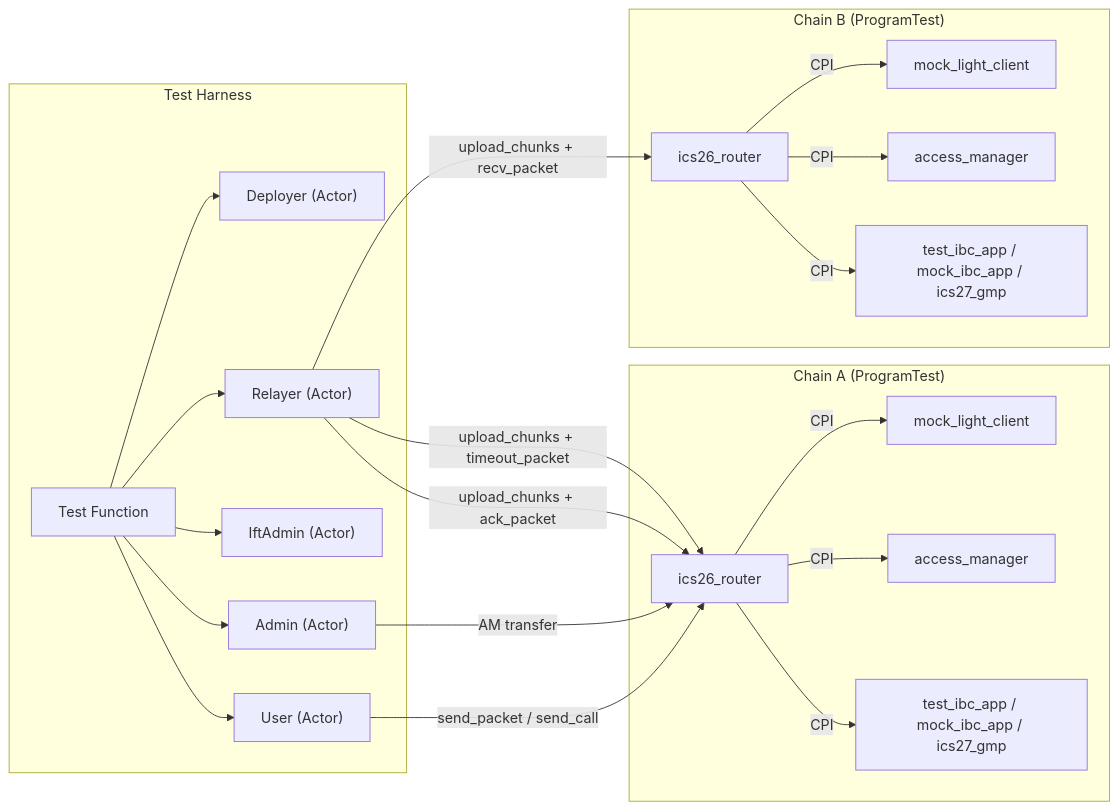
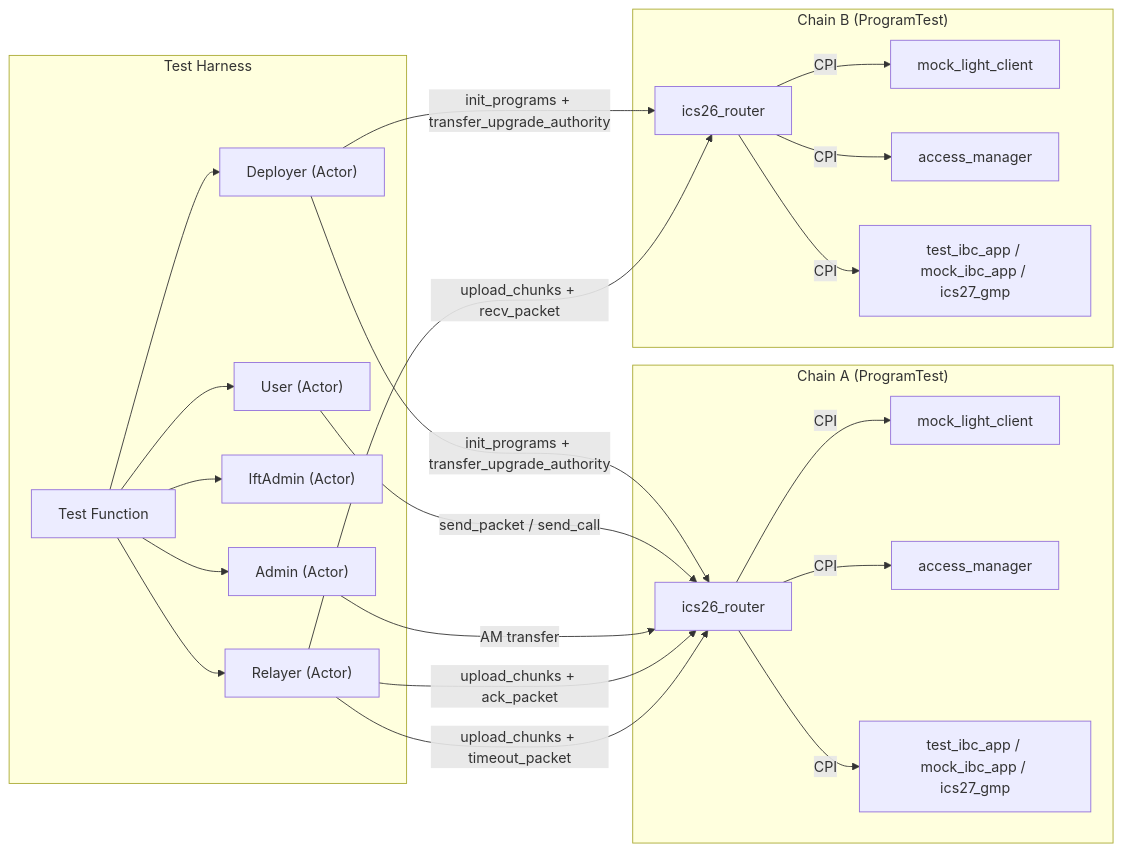
One commit to cosmos/solidity-ibc-eureka changed the first of 8 diagrams in programs/solana/integration-tests/README.md. Above: the diagram before and after it, drawn with Mermaid. The commit also changed other lines of this file, not shown here.

First line of the commit message:
docs(solana/integration-tests): fix README diagrams

````diff
--- a/programs/solana/integration-tests/README.md
+++ b/programs/solana/integration-tests/README.md
@@ -7,42 +7,44 @@
 ```mermaid
 graph LR
     subgraph "Test Harness"
         Test["Test Function"]
         Deployer["Deployer (Actor)"]
         Admin["Admin (Actor)"]
         IftAdmin["IftAdmin (Actor)"]
         User["User (Actor)"]
         Relayer["Relayer (Actor)"]
     end
 
     subgraph "Chain A (ProgramTest)"
         RA["ics26_router"]
         MCA["mock_light_client"]
         AMA["access_manager"]
         AppA["test_ibc_app / mock_ibc_app / ics27_gmp"]
     end
 
     subgraph "Chain B (ProgramTest)"
         RB["ics26_router"]
         MCB["mock_light_client"]
         AMB["access_manager"]
         AppB["test_ibc_app / mock_ibc_app / ics27_gmp"]
     end
 
     Test --> Deployer
     Test --> Admin
     Test --> IftAdmin
     Test --> User
     Test --> Relayer
+    Deployer -->|init_programs + transfer_upgrade_authority| RA
+    Deployer -->|init_programs + transfer_upgrade_authority| RB
     User -->|send_packet / send_call| RA
     Admin -->|AM transfer| RA
     Relayer -->|upload_chunks + recv_packet| RB
     Relayer -->|upload_chunks + ack_packet| RA
     Relayer -->|upload_chunks + timeout_packet| RA
     RA -->|CPI| MCA
     RA -->|CPI| AMA
     RA -->|CPI| AppA
     RB -->|CPI| MCB
     RB -->|CPI| AMB
     RB -->|CPI| AppB
 ```
````
